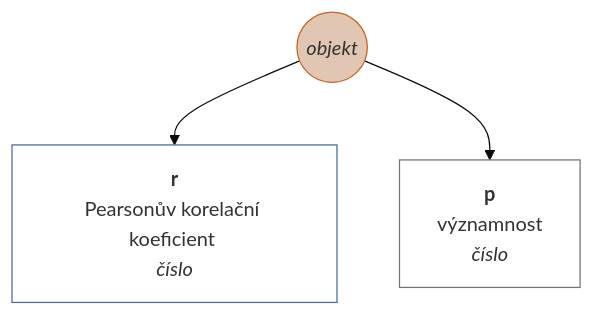
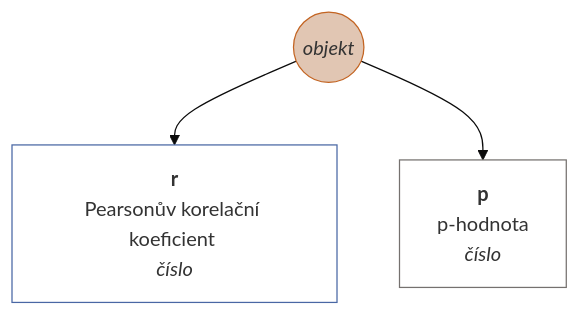
One commit to muzikp/retusa changed diagram 30 of 38 in docs/cs-CZ.md. Above: the diagram before and after it, drawn with Mermaid (base theme). The commit also changed other lines of this file and 8 other files, not shown here.

````diff
--- a/docs/cs-CZ.md
+++ b/docs/cs-CZ.md
@@ -1107,13 +1107,13 @@
 ```mermaid
 graph TD
 correlPartial((<i>objekt</i>))
 style correlPartial fill:#E1C6B3;
 style correlPartial stroke:#C36422;
 correlPartial --> r[<b>r</b><br>Pearsonův korelační koeficient <br><i>číslo</i>]
 style r fill:#FFFFFF;
 style r stroke:#4967A4;
-correlPartial --> p[<b>p</b><br>významnost <br><i>číslo</i>]
+correlPartial --> p[<b>p</b><br>p-hodnota <br><i>číslo</i>]
 style p fill:#FFFFFF;
 style p stroke:#75716F;
 
 ```
````
